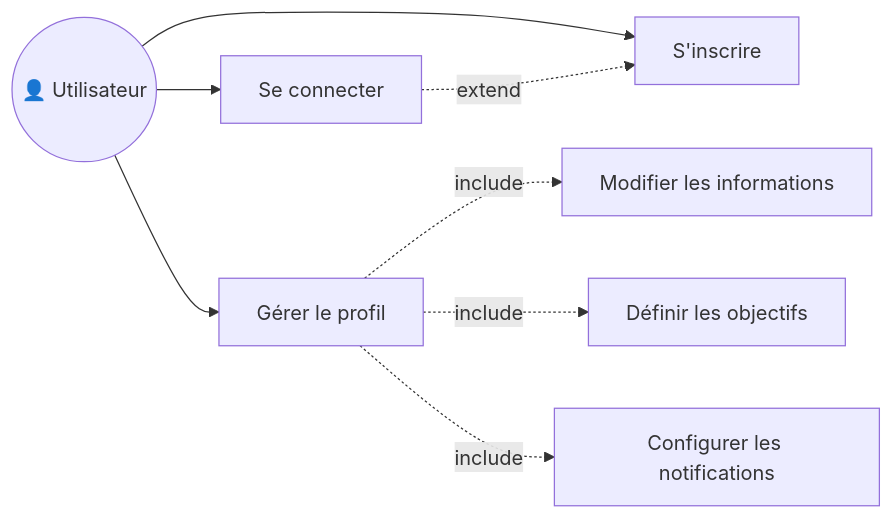
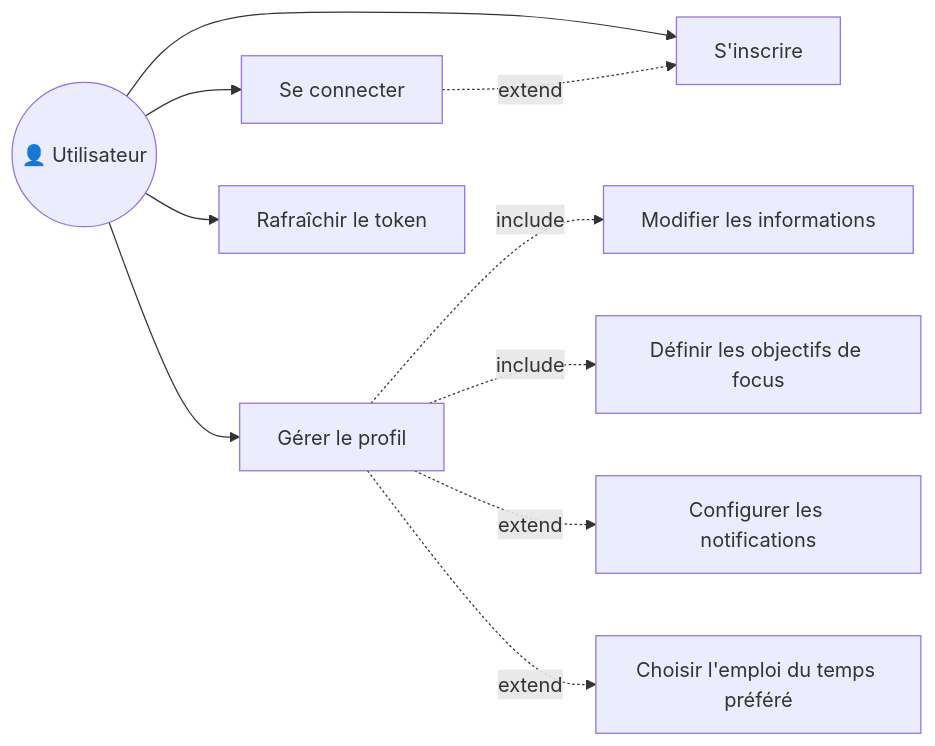
One commit to Jkacem/smart_focus changed the third of 11 diagrams in docs/Conception_CasUtilisation.md. Above: the diagram before and after it, drawn with Mermaid. The commit also changed other lines of this file and 8 other files, not shown here.

````diff
--- a/docs/Conception_CasUtilisation.md
+++ b/docs/Conception_CasUtilisation.md
@@ -164,21 +202,25 @@
 ```mermaid
 graph LR
     User(("👤 Utilisateur"))
 
     UC1["S'inscrire"]
     UC2["Se connecter"]
     UC3["Gérer le profil"]
+    UC3r["Rafraîchir le token"]
     UC3a["Modifier les informations"]
-    UC3b["Définir les objectifs"]
+    UC3b["Définir les objectifs de focus"]
     UC3c["Configurer les notifications"]
+    UC3d["Choisir l'emploi du temps préféré"]
 
     User --> UC1
     User --> UC2
     User --> UC3
+    User --> UC3r
 
     UC3 -.->|include| UC3a
     UC3 -.->|include| UC3b
-    UC3 -.->|include| UC3c
+    UC3 -.->|extend| UC3c
+    UC3 -.->|extend| UC3d
 
     UC2 -.->|extend| UC1
 ```
````
